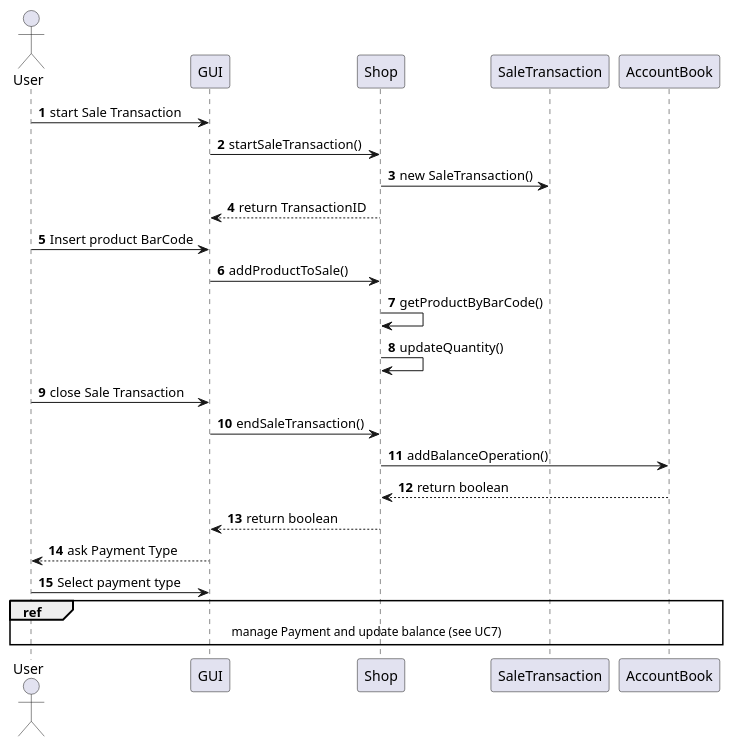
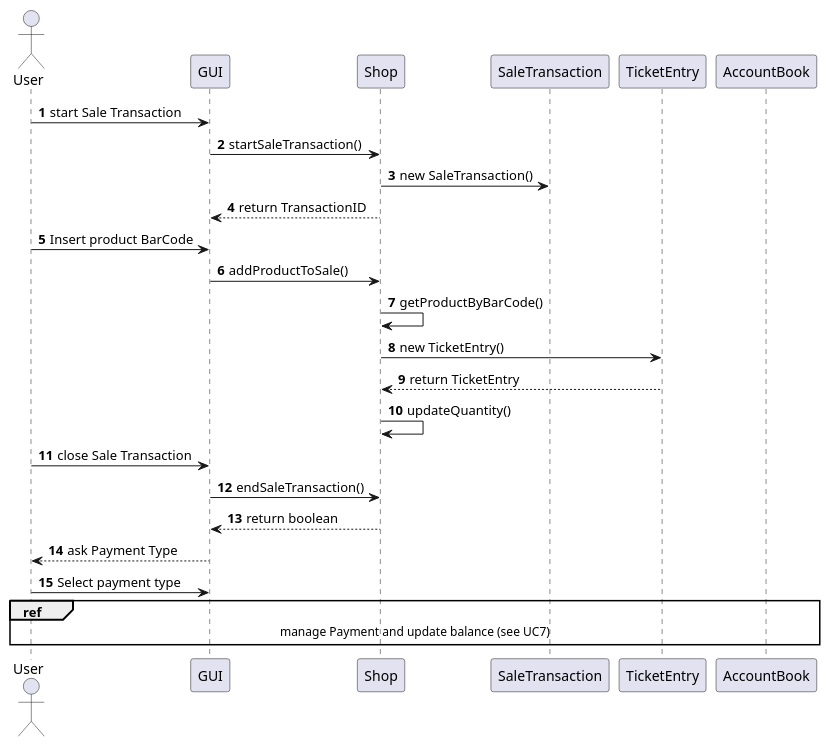
One commit to Stormz4/group20-EzShop changed diagram 16 of 23 in Deliverables/DesignDocument.md. Above: the diagram before and after it, drawn with PlantUML. The commit also changed other lines of this file, not shown here.

````diff
--- a/Deliverables/DesignDocument.md
+++ b/Deliverables/DesignDocument.md
@@ -550,24 +617,24 @@
 ```plantuml
 @startuml
 Actor User
 autonumber
 User -> GUI: start Sale Transaction
 GUI -> Shop: startSaleTransaction()
 Shop -> SaleTransaction: new SaleTransaction()
 Shop --> GUI: return TransactionID
 User -> GUI: Insert product BarCode
 GUI -> Shop: addProductToSale()
 Shop -> Shop: getProductByBarCode()
+Shop -> TicketEntry: new TicketEntry()
+TicketEntry --> Shop: return TicketEntry
 Shop -> Shop : updateQuantity()
 User -> GUI: close Sale Transaction
 GUI -> Shop: endSaleTransaction()
-Shop -> AccountBook: addBalanceOperation()
-AccountBook --> Shop: return boolean
 Shop --> GUI: return boolean
 GUI --> User: ask Payment Type
 User -> GUI: Select payment type
 ref over GUI, User, Shop, AccountBook
  manage Payment and update balance (see UC7)
 end ref
 @enduml
 ```
````
